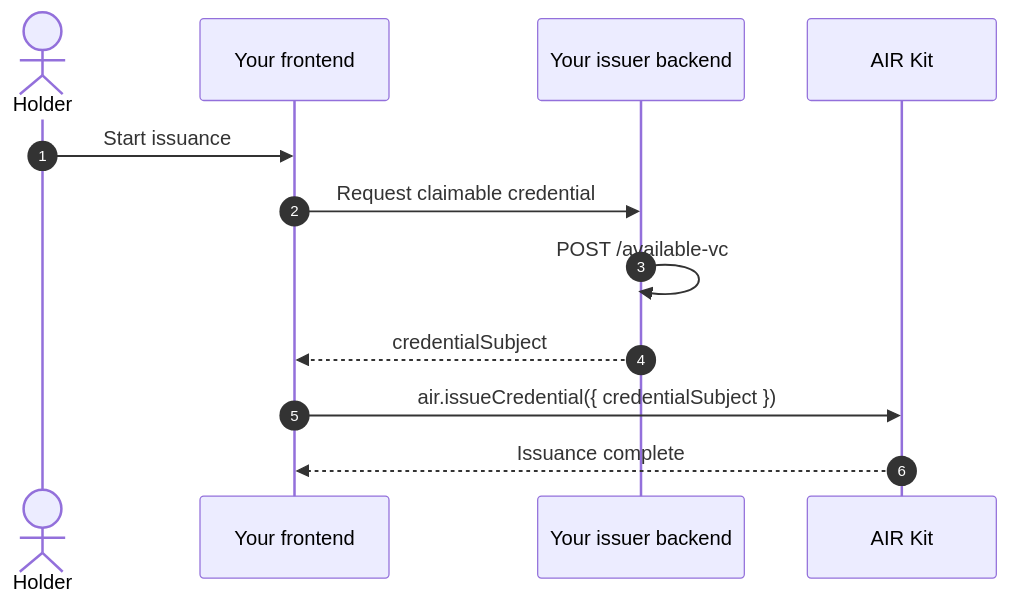
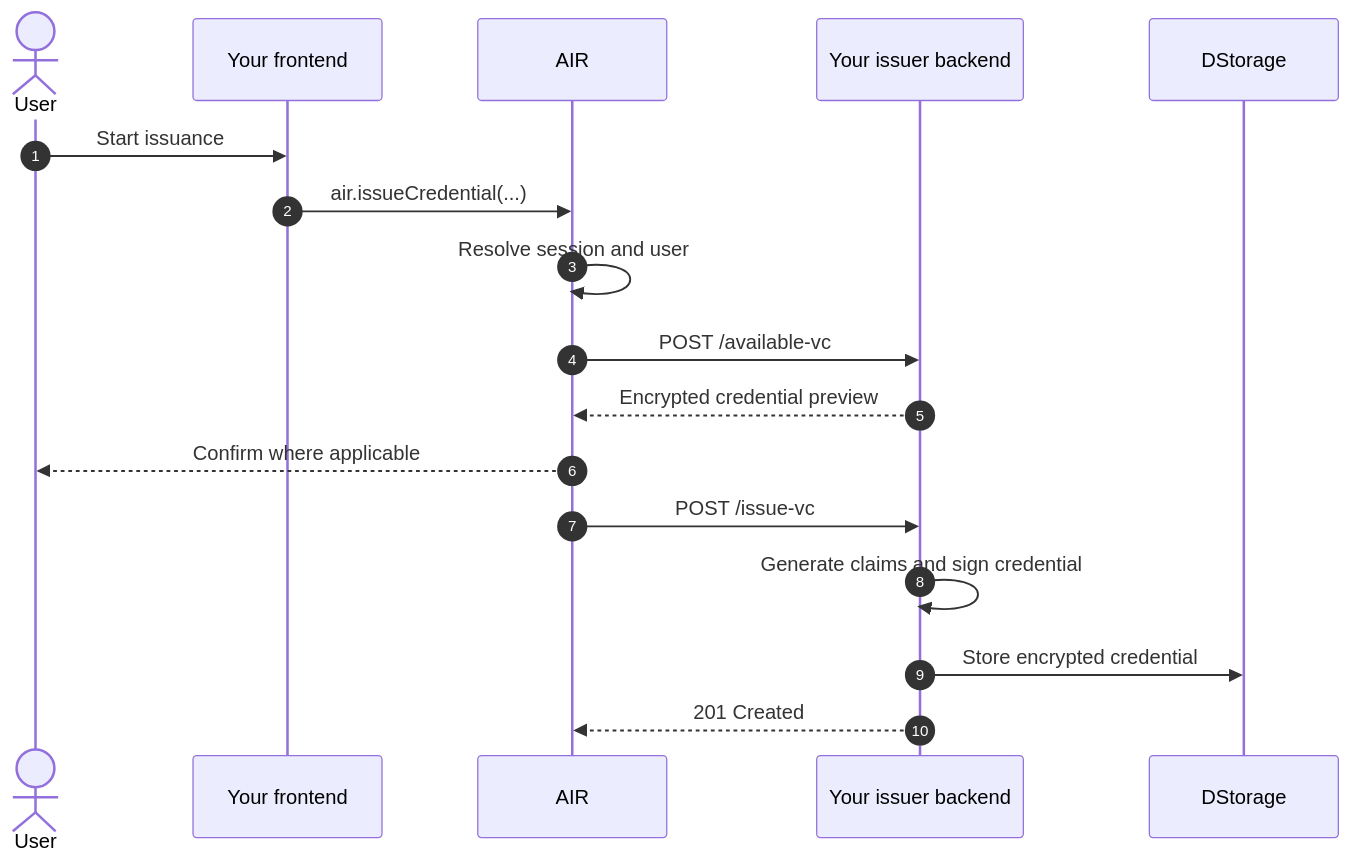
The diagram in airkit/usage/credential/issuing-credentials.mdx (MocaNetwork/docs), drawn with Mermaid before and after one commit. The commit also changed other lines of this file and 22 other files, not shown here.

````diff
--- a/airkit/usage/credential/issuing-credentials.mdx
+++ b/airkit/usage/credential/issuing-credentials.mdx
@@ -127,14 +53,19 @@
 ```mermaid
 sequenceDiagram
     autonumber
-    actor Holder
+    actor User
     participant App as Your frontend
+    participant AIR as AIR
     participant Backend as Your issuer backend
-    participant SDK as AIR Kit
-    Holder->>App: Start issuance
-    App->>Backend: Request claimable credential
-    Backend->>Backend: POST /available-vc
-    Backend-->>App: credentialSubject
-    App->>SDK: air.issueCredential({ credentialSubject })
-    SDK-->>App: Issuance complete
+    participant DS as DStorage
+    User->>App: Start issuance
+    App->>AIR: air.issueCredential(...)
+    AIR->>AIR: Resolve session and user
+    AIR->>Backend: POST /available-vc
+    Backend-->>AIR: Encrypted credential preview
+    AIR-->>User: Confirm where applicable
+    AIR->>Backend: POST /issue-vc
+    Backend->>Backend: Generate claims and sign credential
+    Backend->>DS: Store encrypted credential
+    Backend-->>AIR: 201 Created
 ```
````
